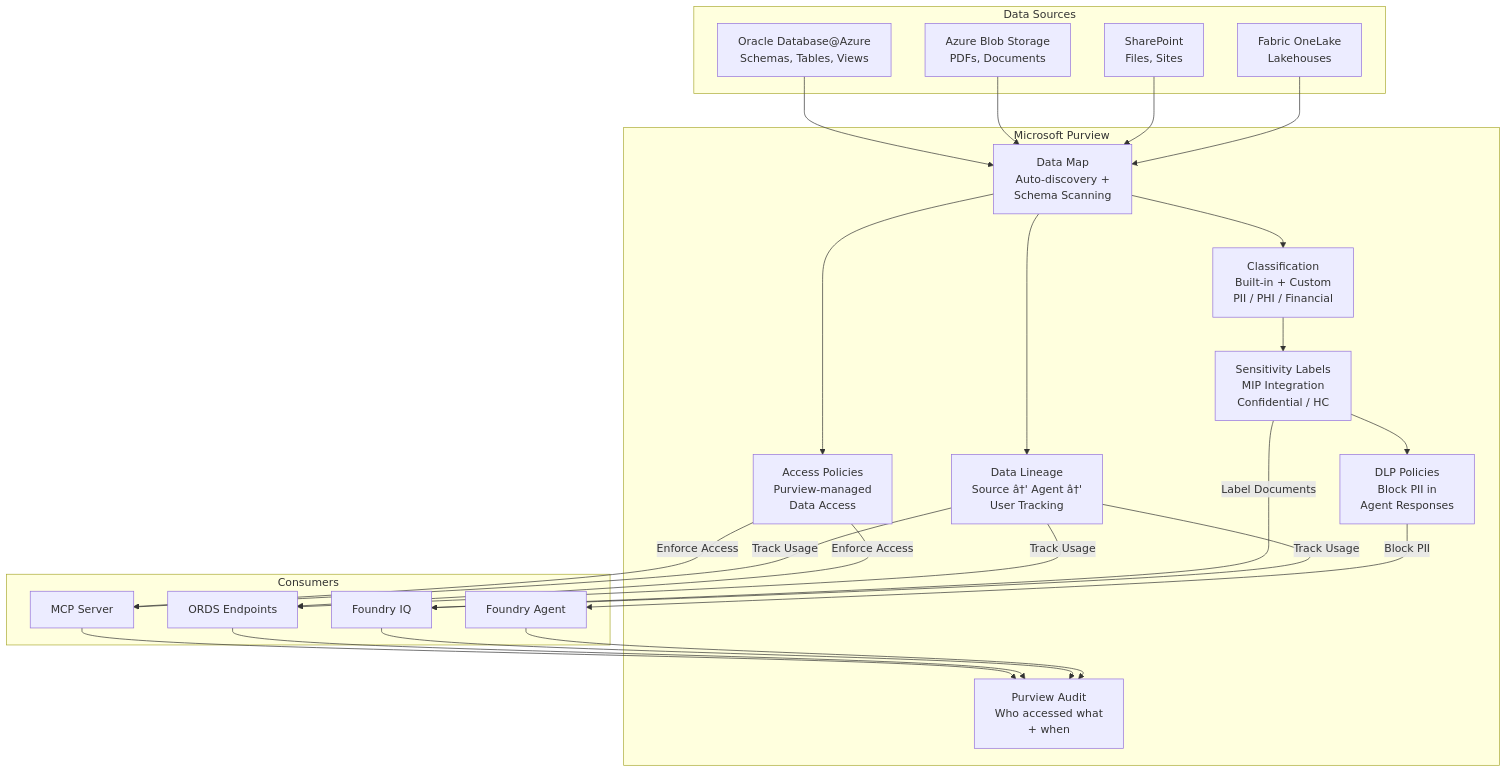
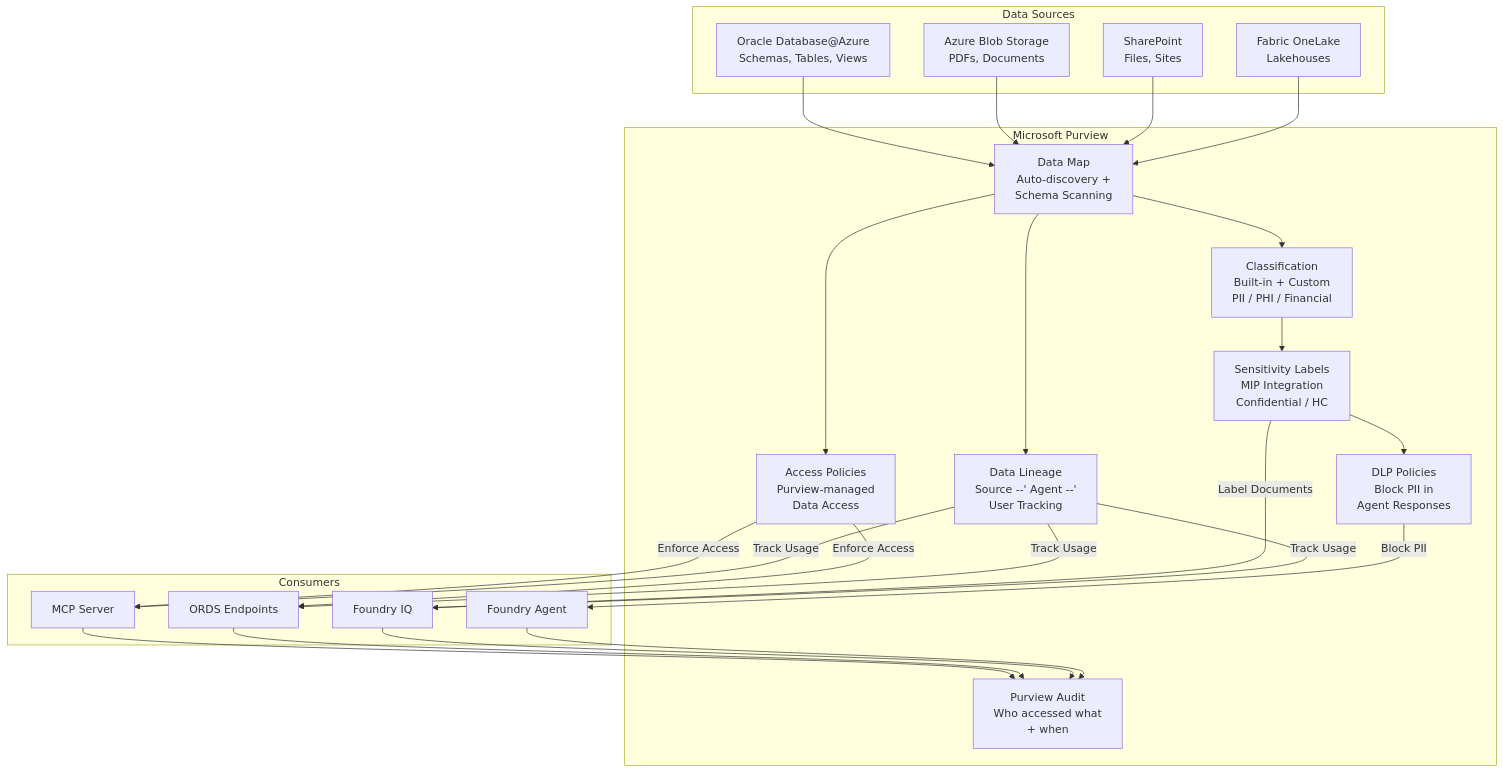
One commit to ryellajo12/ODAA-AI-Playbook changed the seventh of 9 diagrams in docs/04-foundry-agents.md. Above: the diagram before and after it, drawn with Mermaid. The commit also changed other lines of this file and 12 other files, not shown here.

````diff
--- a/docs/04-foundry-agents.md
+++ b/docs/04-foundry-agents.md
@@ -925,49 +925,49 @@
 ```mermaid
 graph TB
     subgraph "Data Sources"
         ODB["Oracle Database@Azure<br/>Schemas, Tables, Views"]
         BLOB["Azure Blob Storage<br/>PDFs, Documents"]
         SP["SharePoint<br/>Files, Sites"]
         FL["Fabric OneLake<br/>Lakehouses"]
     end
 
     subgraph "Microsoft Purview"
         DM["Data Map<br/>Auto-discovery +<br/>Schema Scanning"]
         CL["Classification<br/>Built-in + Custom<br/>PII / PHI / Financial"]
         SL["Sensitivity Labels<br/>MIP Integration<br/>Confidential / HC"]
         DLP["DLP Policies<br/>Block PII in<br/>Agent Responses"]
-        LN["Data Lineage<br/>Source â†' Agent â†'<br/>User Tracking"]
+        LN["Data Lineage<br/>Source --' Agent --'<br/>User Tracking"]
         AP["Access Policies<br/>Purview-managed<br/>Data Access"]
         AR["Purview Audit<br/>Who accessed what<br/>+ when"]
     end
 
     subgraph "Consumers"
         MCP["MCP Server"]
         ORDS["ORDS Endpoints"]
         FIQ["Foundry IQ"]
         FA["Foundry Agent"]
     end
 
     ODB --> DM
     BLOB --> DM
     SP --> DM
     FL --> DM
     DM --> CL
     CL --> SL
     SL --> DLP
     DM --> LN
     DM --> AP
 
     AP -->|"Enforce Access"| MCP
     AP -->|"Enforce Access"| ORDS
     SL -->|"Label Documents"| FIQ
     DLP -->|"Block PII"| FA
     LN -->|"Track Usage"| MCP
     LN -->|"Track Usage"| ORDS
     LN -->|"Track Usage"| FIQ
 
     MCP --> AR
     ORDS --> AR
     FIQ --> AR
     FA --> AR
 ```
````
